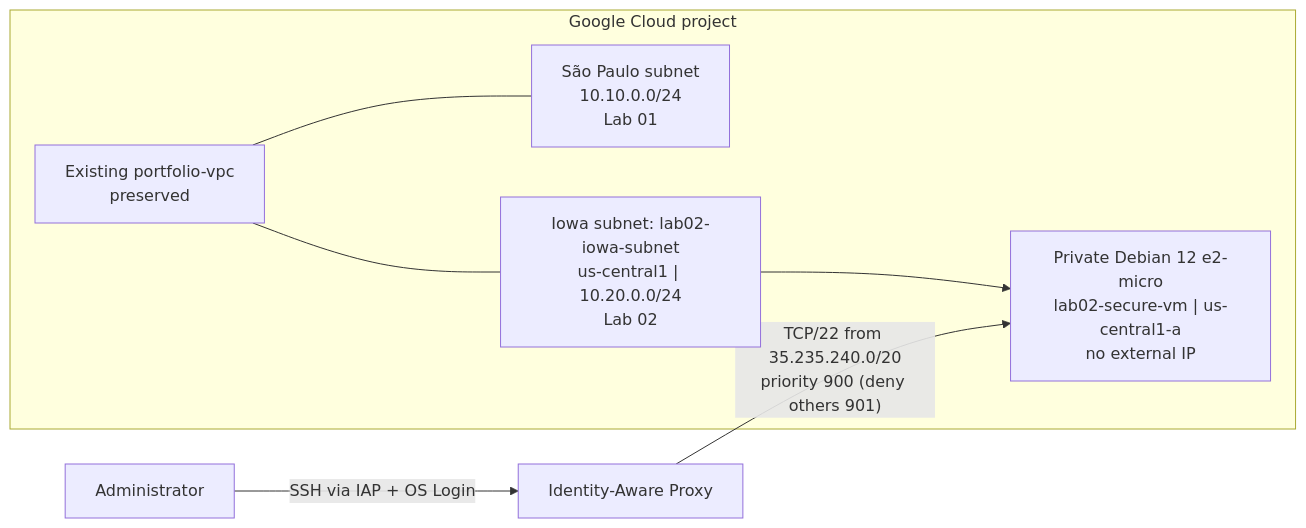
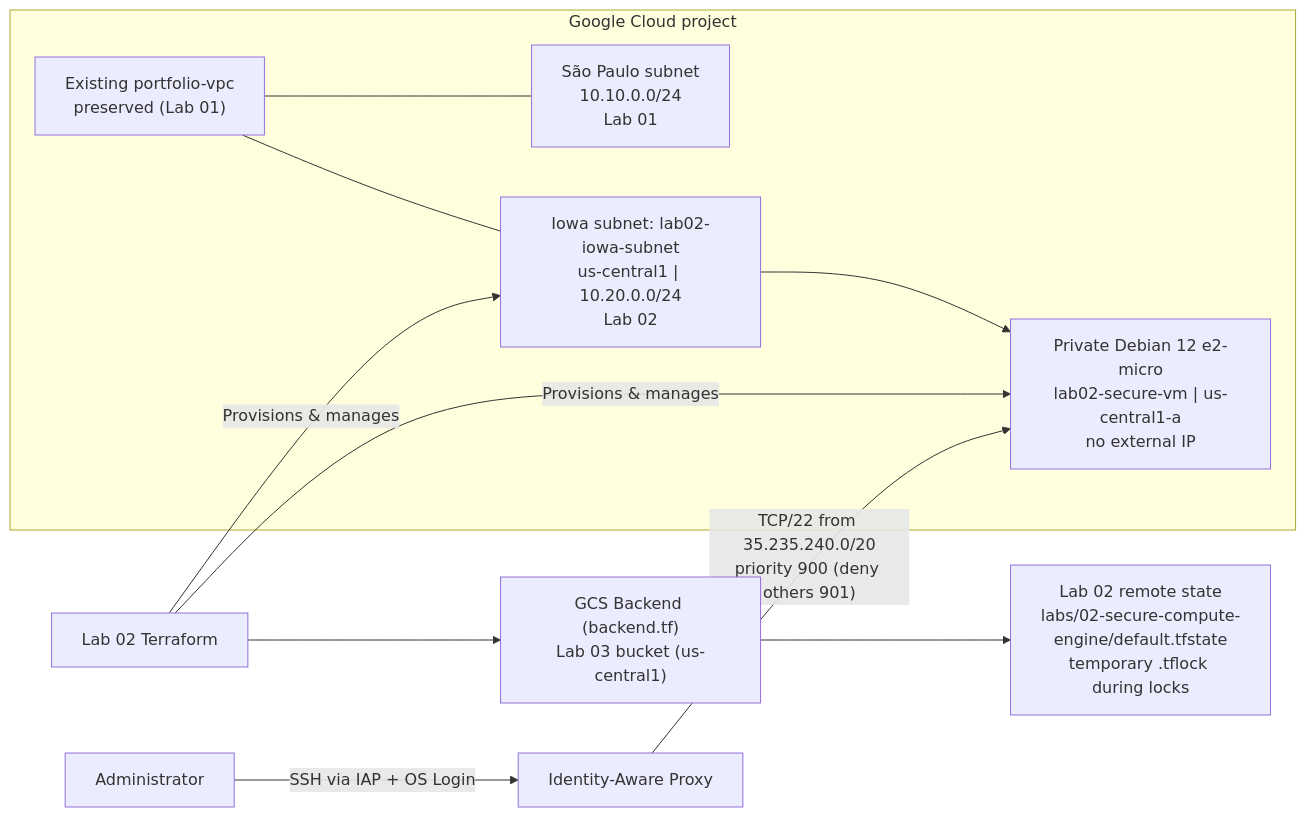
One commit to matheuslab-bit/matheuslab-bit changed the diagram in projects/02-secure-compute-engine/README.md. Above: the diagram before and after it, drawn with Mermaid. The commit also changed other lines of this file and 12 other files, not shown here.

````diff
--- a/projects/02-secure-compute-engine/README.md
+++ b/projects/02-secure-compute-engine/README.md
@@ -11,14 +13,18 @@
 ```mermaid
 flowchart LR
+    TF02["Lab 02 Terraform"] --> GCS["GCS Backend (backend.tf)<br/>Lab 03 bucket (us-central1)"]
+    GCS --> State02["Lab 02 remote state<br/>labs/02-secure-compute-engine/default.tfstate<br/>temporary .tflock during locks"]
+    TF02 -->|"Provisions & manages"| Iowa
+    TF02 -->|"Provisions & manages"| VM
     Admin["Administrator"] -->|"SSH via IAP + OS Login"| IAP["Identity-Aware Proxy"]
     subgraph GCP["Google Cloud project"]
-      VPC["Existing portfolio-vpc<br/>preserved"]
+      VPC["Existing portfolio-vpc<br/>preserved (Lab 01)"]
       SP["São Paulo subnet<br/>10.10.0.0/24<br/>Lab 01"]
       Iowa["Iowa subnet: lab02-iowa-subnet<br/>us-central1 | 10.20.0.0/24<br/>Lab 02"]
       VM["Private Debian 12 e2-micro<br/>lab02-secure-vm | us-central1-a<br/>no external IP"]
       VPC --- SP
       VPC --- Iowa
       Iowa --> VM
     end
     IAP -->|"TCP/22 from 35.235.240.0/20<br/>priority 900 (deny others 901)"| VM
 ```
````
